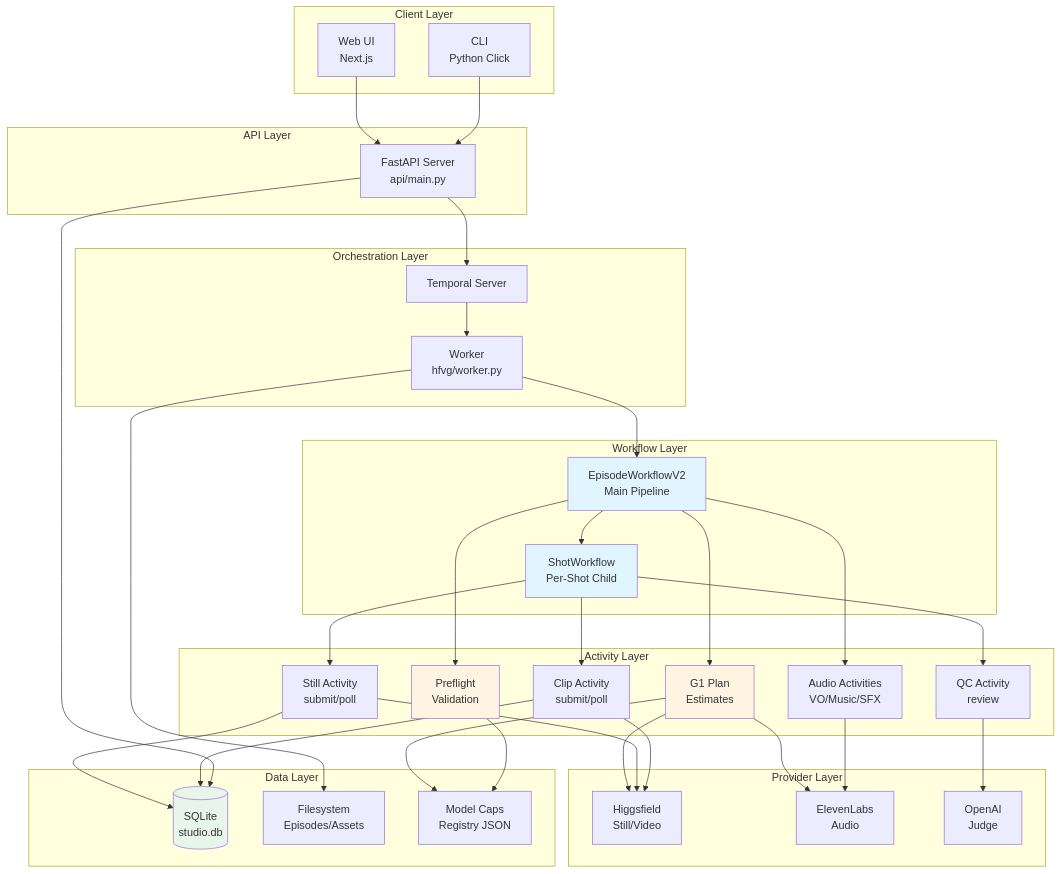
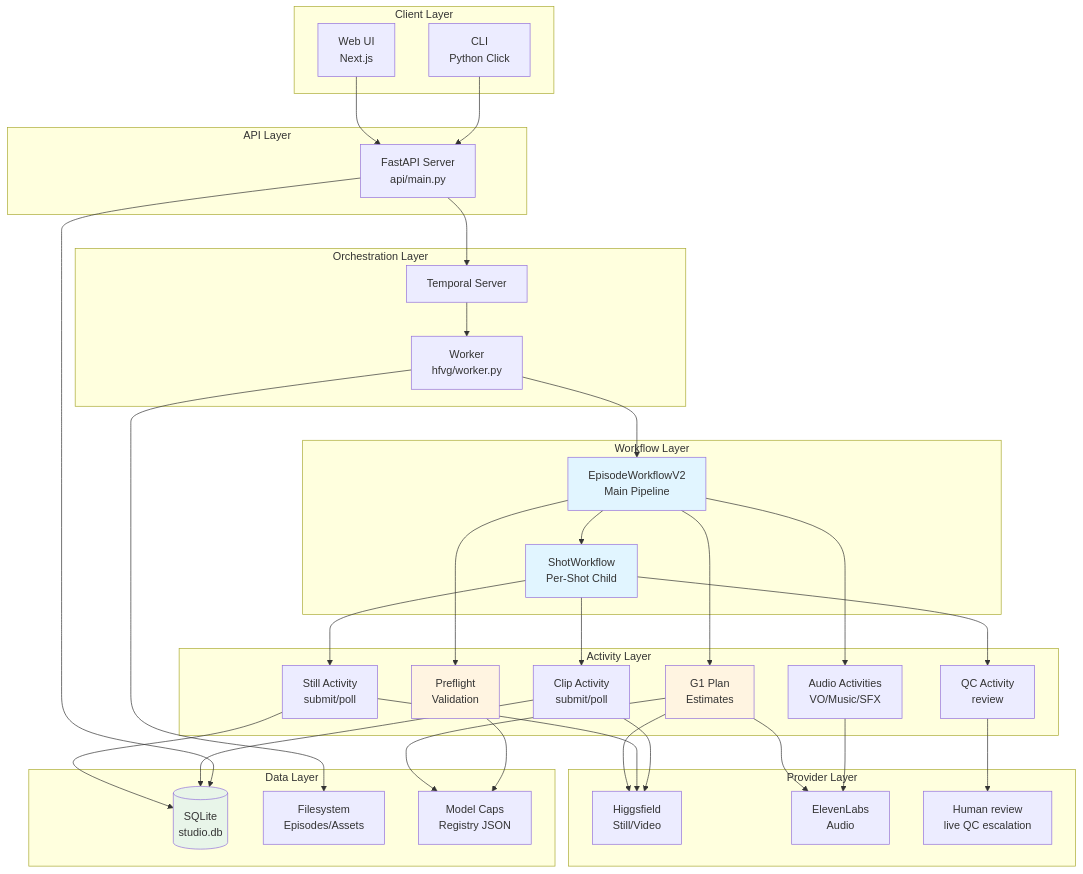
One commit to TravisBuilds/DuckDuckGoose changed the first of 4 diagrams in docs/ARCHITECTURE.md. Above: the diagram before and after it, drawn with Mermaid. The commit also changed other lines of this file and 6 other files, not shown here.

````diff
--- a/docs/ARCHITECTURE.md
+++ b/docs/ARCHITECTURE.md
@@ -7,75 +7,75 @@
 ```mermaid
 graph TB
     subgraph "Client Layer"
         Web[Web UI<br/>Next.js]
         CLI[CLI<br/>Python Click]
     end
     
     subgraph "API Layer"
         API[FastAPI Server<br/>api/main.py]
     end
     
     subgraph "Orchestration Layer"
         Temporal[Temporal Server]
         Worker[Worker<br/>hfvg/worker.py]
     end
     
     subgraph "Workflow Layer"
         EpV2[EpisodeWorkflowV2<br/>Main Pipeline]
         Shot[ShotWorkflow<br/>Per-Shot Child]
         EpV2 --> Shot
     end
     
     subgraph "Activity Layer"
         G1[G1 Plan<br/>Estimates]
         Preflight[Preflight<br/>Validation]
         Still[Still Activity<br/>submit/poll]
         Clip[Clip Activity<br/>submit/poll]
         QC[QC Activity<br/>review]
         Audio[Audio Activities<br/>VO/Music/SFX]
     end
     
     subgraph "Provider Layer"
         HF[Higgsfield<br/>Still/Video]
         EL[ElevenLabs<br/>Audio]
-        OAI[OpenAI<br/>Judge]
+        Human[Human review<br/>live QC escalation]
     end
     
     subgraph "Data Layer"
         DB[(SQLite<br/>studio.db)]
         FS[Filesystem<br/>Episodes/Assets]
         Registry[Model Caps<br/>Registry JSON]
     end
     
     Web --> API
     CLI --> API
     API --> Temporal
     Temporal --> Worker
     Worker --> EpV2
     EpV2 --> G1
     EpV2 --> Preflight
     Shot --> Still
     Shot --> Clip
     Shot --> QC
     EpV2 --> Audio
     
     G1 --> HF
     G1 --> EL
     Still --> HF
     Clip --> HF
-    QC --> OAI
+    QC --> Human
     Audio --> EL
     
     G1 --> Registry
     Preflight --> Registry
     Still --> DB
     Clip --> DB
     API --> DB
     Worker --> FS
     
     style EpV2 fill:#e1f5ff
     style Shot fill:#e1f5ff
     style G1 fill:#fff4e1
     style Preflight fill:#fff4e1
     style DB fill:#e8f5e9
 ```
````
